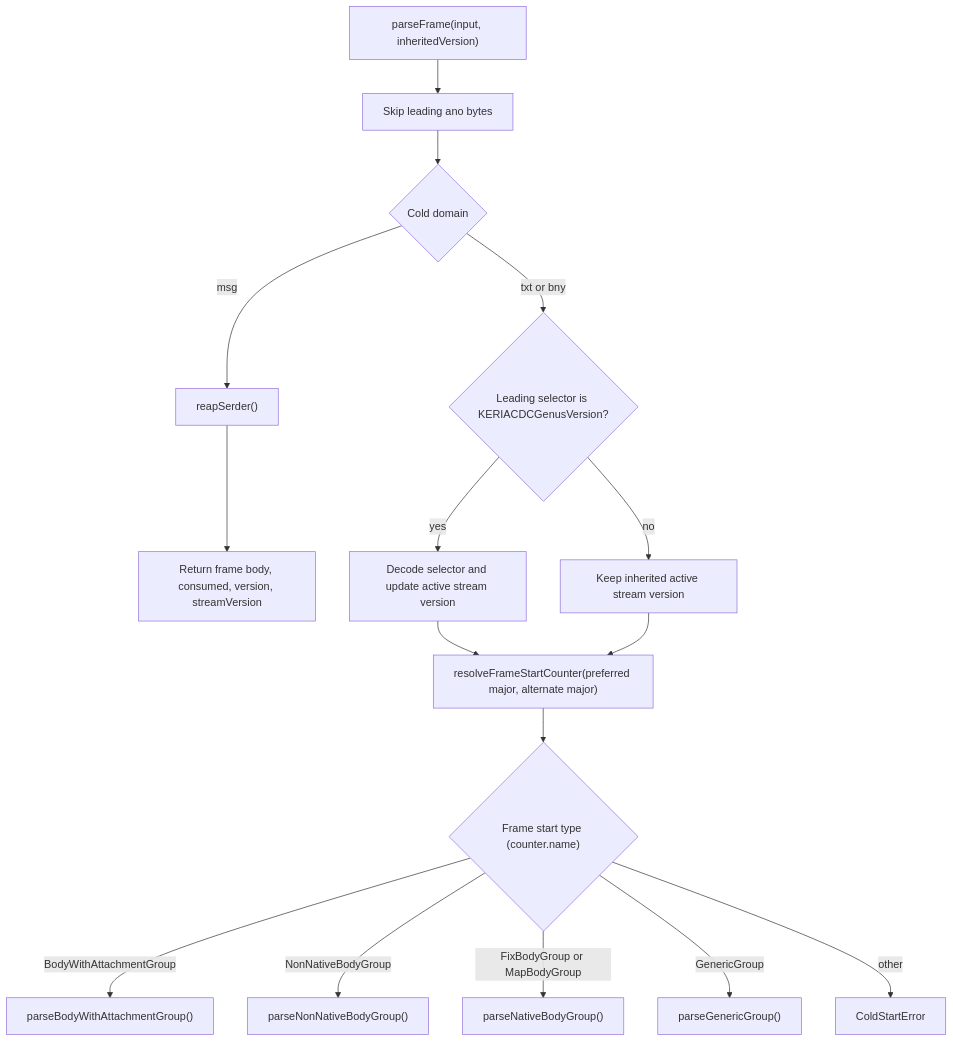
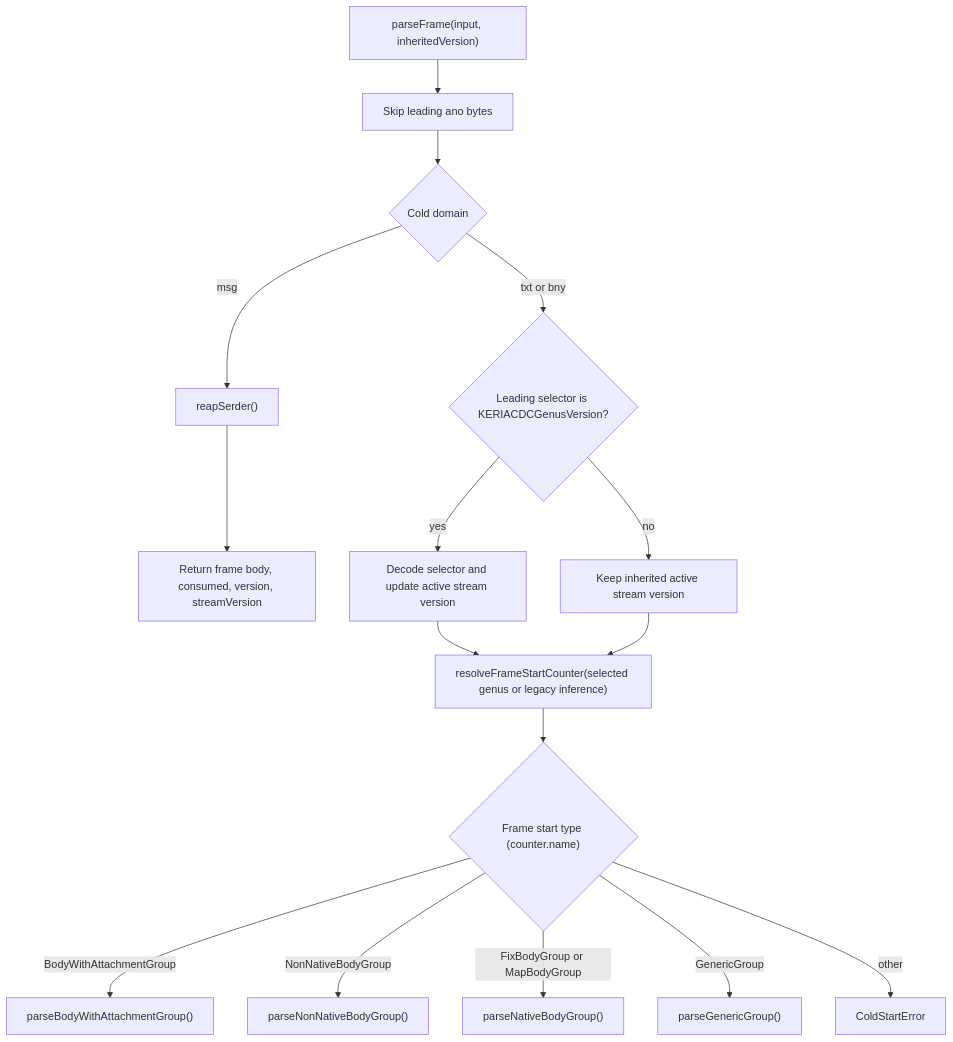
The second of 7 diagrams in docs/design-docs/cesr/CESR_ATOMIC_BOUNDED_PARSER_ARCHITECTURE.md (kentbull/keri-ts), drawn with Mermaid before and after one commit. The commit also changed other lines of this file and 14 other files, not shown here.

````diff
--- a/docs/design-docs/cesr/CESR_ATOMIC_BOUNDED_PARSER_ARCHITECTURE.md
+++ b/docs/design-docs/cesr/CESR_ATOMIC_BOUNDED_PARSER_ARCHITECTURE.md
@@ -60,19 +60,19 @@
 ```mermaid
 flowchart TD
     A["parseFrame(input, inheritedVersion)"] --> B["Skip leading ano bytes"]
     B --> C{"Cold domain"}
     C -- "msg" --> D["reapSerder()"]
     D --> E["Return frame body, consumed, version, streamVersion"]
 
     C -- "txt or bny" --> F{"Leading selector is KERIACDCGenusVersion?"}
     F -- "yes" --> G["Decode selector and update active stream version"]
     F -- "no" --> H["Keep inherited active stream version"]
-    G --> I["resolveFrameStartCounter(preferred major, alternate major)"]
+    G --> I["resolveFrameStartCounter(selected genus or legacy inference)"]
     H --> I
     I --> J{"Frame start type (counter.name)"}
     J -- "BodyWithAttachmentGroup" --> K["parseBodyWithAttachmentGroup()"]
     J -- "NonNativeBodyGroup" --> L["parseNonNativeBodyGroup()"]
     J -- "FixBodyGroup or MapBodyGroup" --> M["parseNativeBodyGroup()"]
     J -- "GenericGroup" --> N["parseGenericGroup()"]
     J -- "other" --> O["ColdStartError"]
 ```
````
